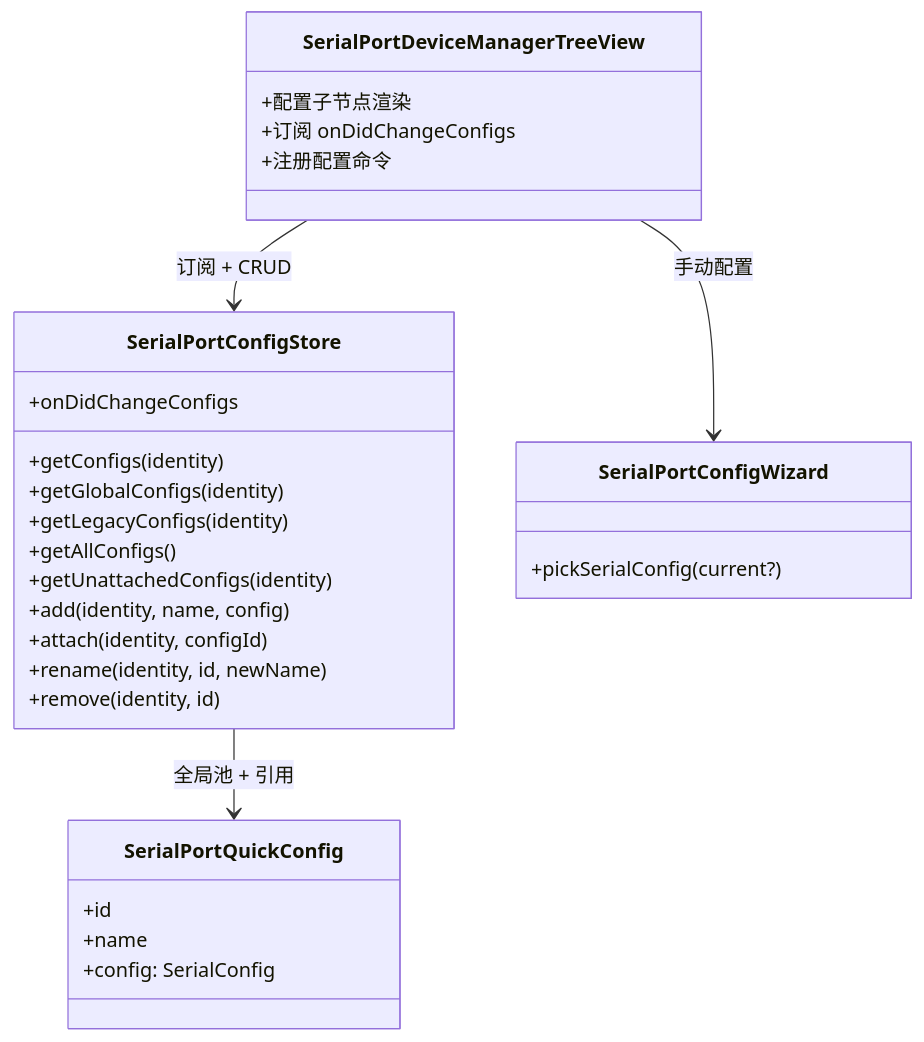
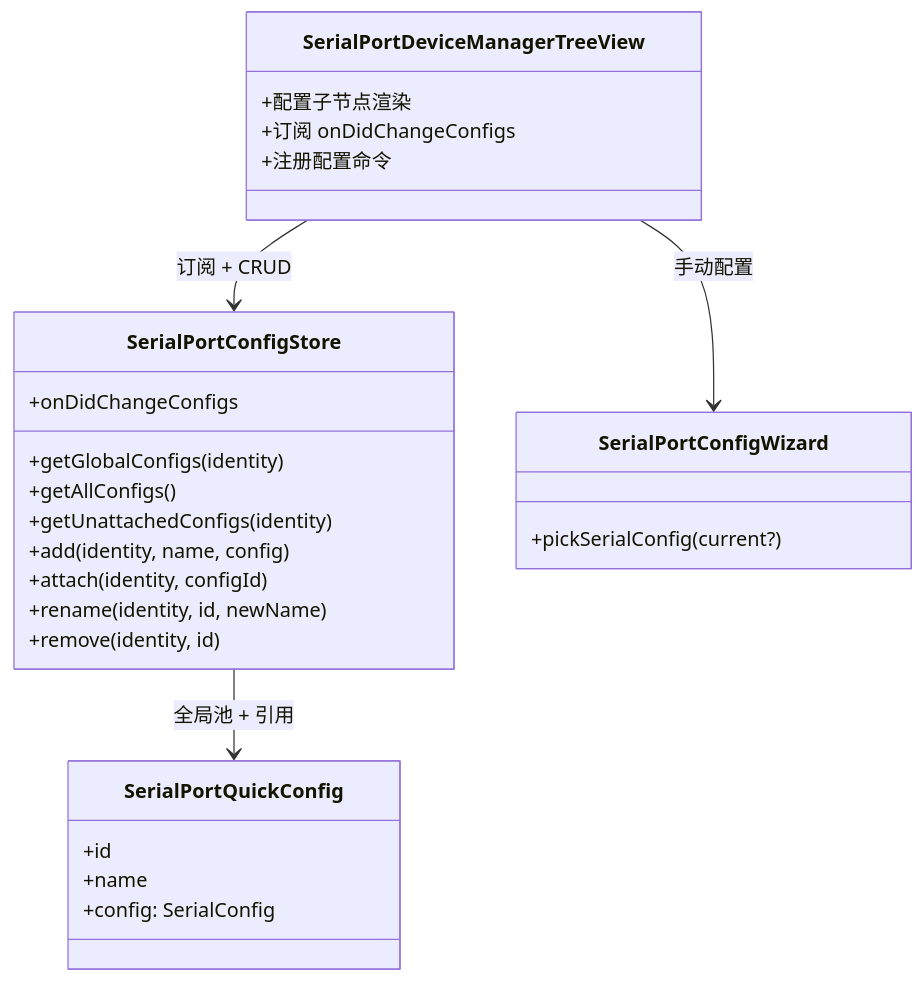
The diagram in doc/SerialPortQuickConfig设计.md (ziqiang-zhu/vscode-serial-port-terminal), drawn with Mermaid before and after one commit. The commit also changed other lines of this file and 9 other files, not shown here.

````diff
--- a/doc/SerialPortQuickConfig设计.md
+++ b/doc/SerialPortQuickConfig设计.md
@@ -174,31 +170,29 @@
 ```mermaid
 classDiagram
     class SerialPortConfigStore {
-        +getConfigs(identity)
         +getGlobalConfigs(identity)
-        +getLegacyConfigs(identity)
         +getAllConfigs()
         +getUnattachedConfigs(identity)
         +add(identity, name, config)
         +attach(identity, configId)
         +rename(identity, id, newName)
         +remove(identity, id)
         +onDidChangeConfigs
     }
     class SerialPortQuickConfig {
         +id
         +name
         +config: SerialConfig
     }
     class SerialPortConfigWizard {
         +pickSerialConfig(current?)
     }
     class SerialPortDeviceManagerTreeView {
         +配置子节点渲染
         +订阅 onDidChangeConfigs
         +注册配置命令
     }
     SerialPortConfigStore --> SerialPortQuickConfig : 全局池 + 引用
     SerialPortDeviceManagerTreeView --> SerialPortConfigStore : 订阅 + CRUD
     SerialPortDeviceManagerTreeView --> SerialPortConfigWizard : 手动配置
 ```
````
